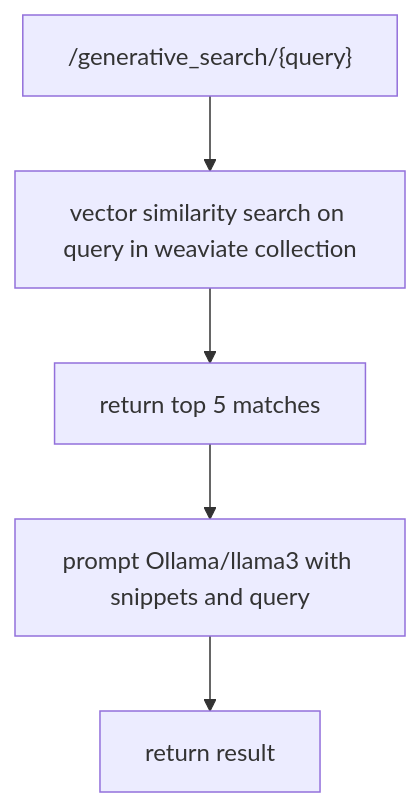
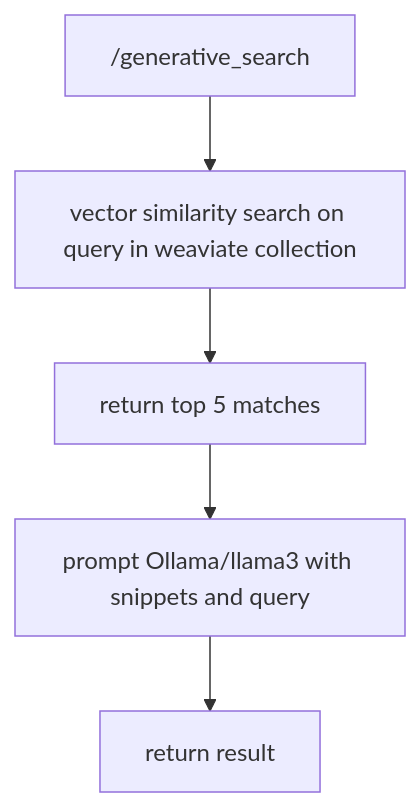
The diagram in docs/generative_search.md (Luan-vP/RAG_template), drawn with Mermaid before and after one commit. The commit also changed 1 other file, not shown here.

Commit message:
Update /docs

````diff
--- a/docs/generative_search.md
+++ b/docs/generative_search.md
@@ -1,7 +1,7 @@
 ```mermaid
 graph TD
-  A["/generative_search/{query}"] --> B["vector similarity search on query in weaviate collection"]
+  A["/generative_search"] --> B["vector similarity search on query in weaviate collection"]
   B --> C["return top 5 matches"]
   C --> D["prompt Ollama/llama3 with snippets and query"]
   D --> E["return result"]
 ```
````
